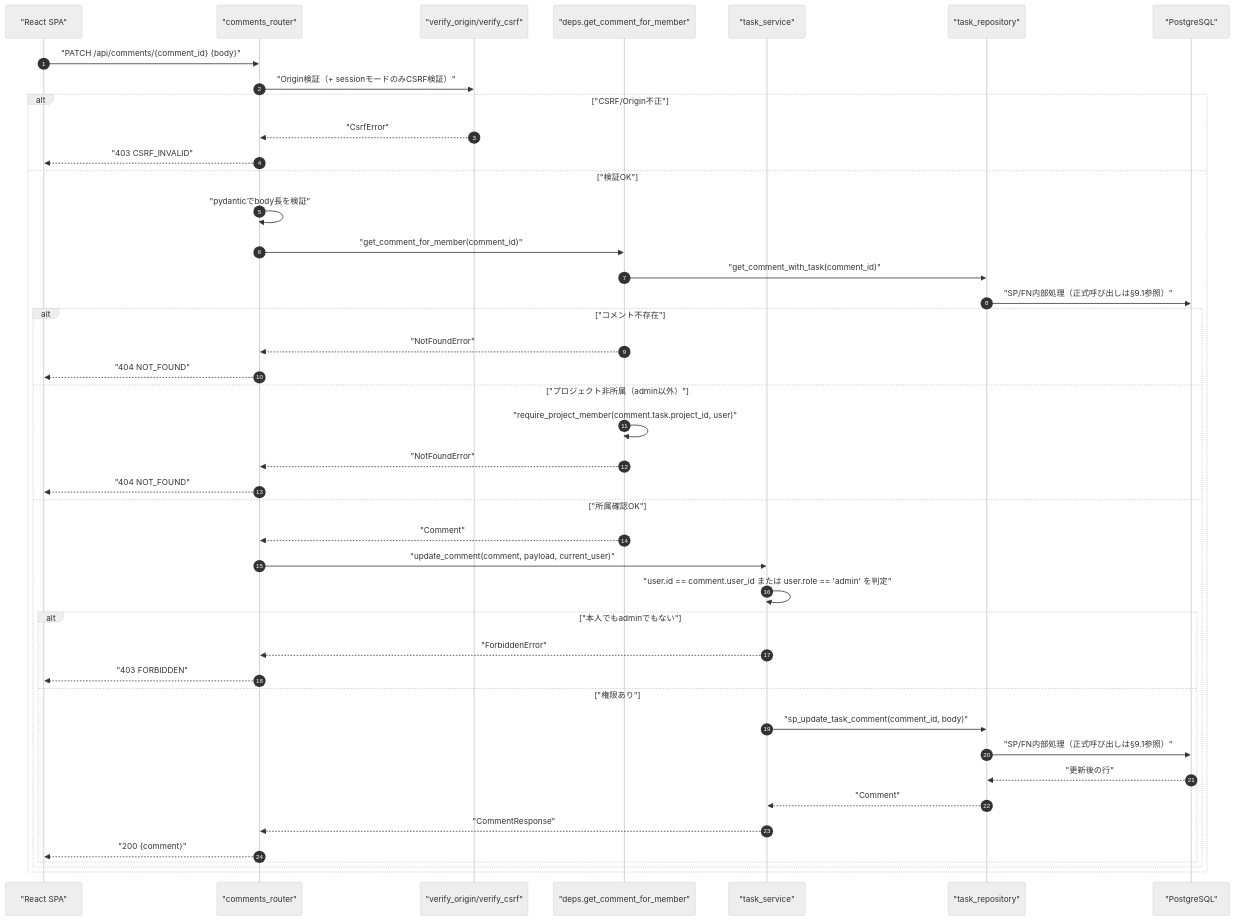
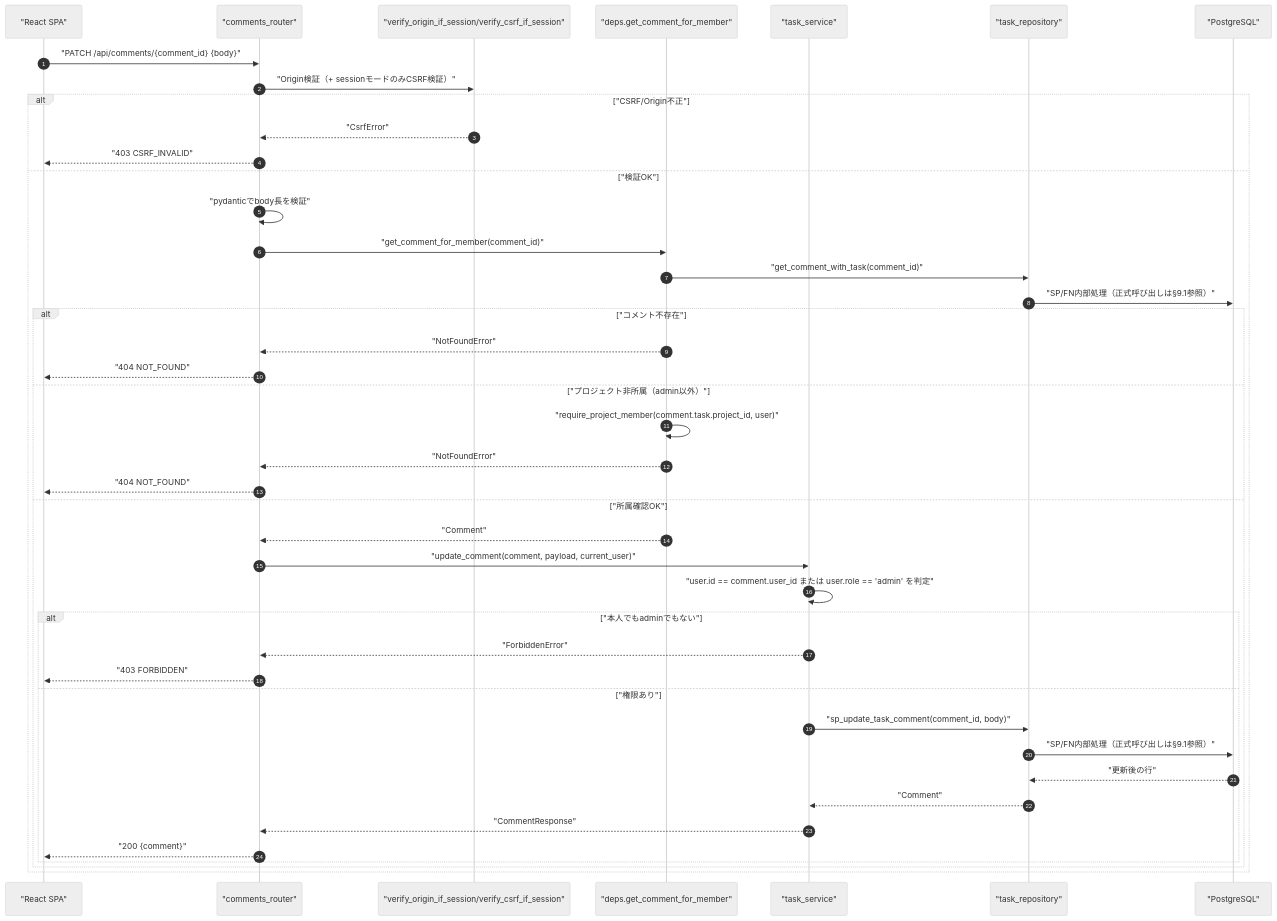
The first of 4 diagrams in docs/detailed_design/api/tasks/08_patch_comment.md (oikawa-d/task_management), drawn with Mermaid (neutral theme) before and after one commit. The commit also changed other lines of this file and 31 other files, not shown here.

````diff
--- a/docs/detailed_design/api/tasks/08_patch_comment.md
+++ b/docs/detailed_design/api/tasks/08_patch_comment.md
@@ -97,46 +97,46 @@
 ```mermaid
 sequenceDiagram
     autonumber
     participant FE as "React SPA"
     participant R as "comments_router"
-    participant V as "verify_origin/verify_csrf"
+    participant V as "verify_origin_if_session/verify_csrf_if_session"
     participant D as "deps.get_comment_for_member"
     participant S as "task_service"
     participant TR as "task_repository"
     participant PG as "PostgreSQL"
 
     FE->>R: "PATCH /api/comments/{comment_id} {body}"
     R->>V: "Origin検証（+ sessionモードのみCSRF検証）"
     alt "CSRF/Origin不正"
         V-->>R: "CsrfError"
         R-->>FE: "403 CSRF_INVALID"
     else "検証OK"
         R->>R: "pydanticでbody長を検証"
         R->>D: "get_comment_for_member(comment_id)"
         D->>TR: "get_comment_with_task(comment_id)"
         TR->>PG: "SP/FN内部処理（正式呼び出しは§9.1参照）"
         alt "コメント不存在"
             D-->>R: "NotFoundError"
             R-->>FE: "404 NOT_FOUND"
         else "プロジェクト非所属（admin以外）"
             D->>D: "require_project_member(comment.task.project_id, user)"
             D-->>R: "NotFoundError"
             R-->>FE: "404 NOT_FOUND"
         else "所属確認OK"
             D-->>R: "Comment"
             R->>S: "update_comment(comment, payload, current_user)"
             S->>S: "user.id == comment.user_id または user.role == 'admin' を判定"
             alt "本人でもadminでもない"
                 S-->>R: "ForbiddenError"
                 R-->>FE: "403 FORBIDDEN"
             else "権限あり"
                 S->>TR: "sp_update_task_comment(comment_id, body)"
                 TR->>PG: "SP/FN内部処理（正式呼び出しは§9.1参照）"
                 PG-->>TR: "更新後の行"
                 TR-->>S: "Comment"
                 S-->>R: "CommentResponse"
                 R-->>FE: "200 {comment}"
             end
         end
     end
 ```
````
